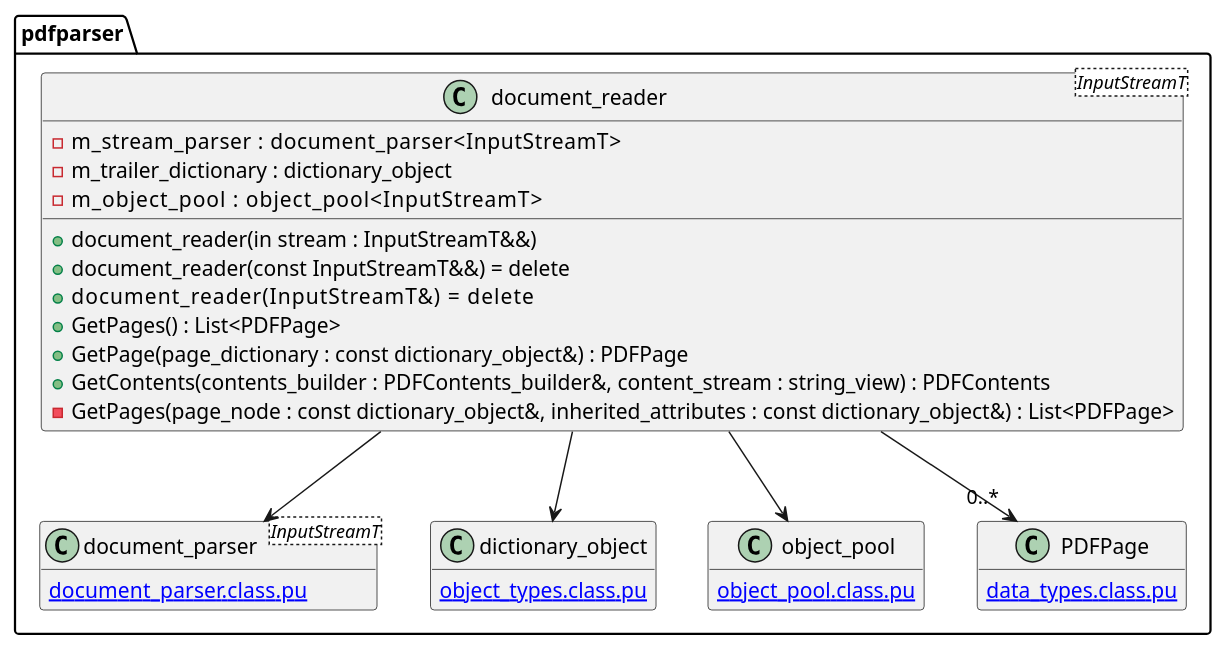
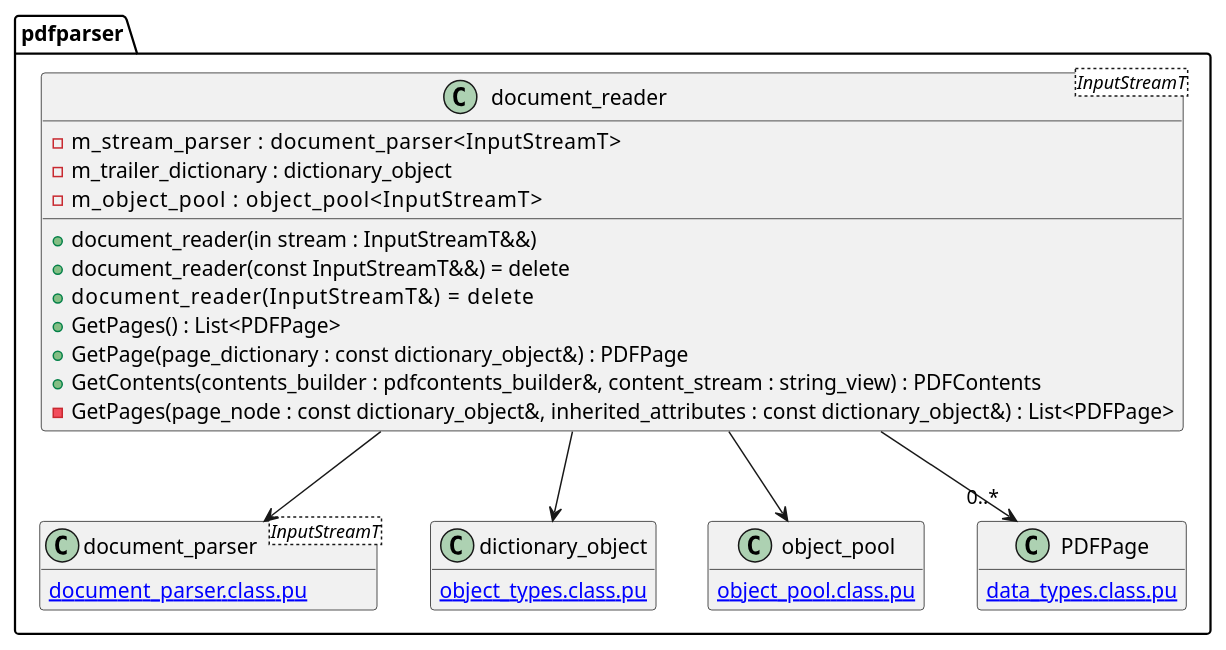
One commit to KodaiYM/PDFReader changed the diagram in document/document_reader/document_reader.class.pu. Above: the diagram before and after it, drawn with PlantUML. The commit also changed 7 other files, not shown here.

```diff
--- a/document/document_reader/document_reader.class.pu
+++ b/document/document_reader/document_reader.class.pu
@@ -1,34 +1,34 @@
 @startuml document_reader
 hide empty members
 namespace pdfparser {
 class document_reader<InputStreamT> {
 	-m_stream_parser      : document_parser<InputStreamT>
 	-m_trailer_dictionary : dictionary_object
 	-m_object_pool        : object_pool<InputStreamT>
 
 	+document_reader(in stream : InputStreamT&&)
 	+document_reader(const InputStreamT&&) = delete
 	+document_reader(InputStreamT&)        = delete
 	+GetPages() : List<PDFPage>
 	+GetPage(page_dictionary : const dictionary_object&) : PDFPage
-	+GetContents(contents_builder : PDFContents_builder&, content_stream : string_view) : PDFContents
+	+GetContents(contents_builder : pdfcontents_builder&, content_stream : string_view) : PDFContents
 	-GetPages(page_node : const dictionary_object&, inherited_attributes : const dictionary_object&) : List<PDFPage>
 }
 document_reader --> document_parser
 document_reader --> dictionary_object 
 document_reader --> object_pool
 document_reader --> "0..*" PDFPage
 
 class document_parser<InputStreamT> {
 	[[document_parser.class.pu]]
 }
 class object_pool {
 	[[object_pool.class.pu]]
 }
 class dictionary_object {
 	[[object_types.class.pu]]
 }
 class PDFPage {
 	[[data_types.class.pu]]
 }
 @enduml
```
